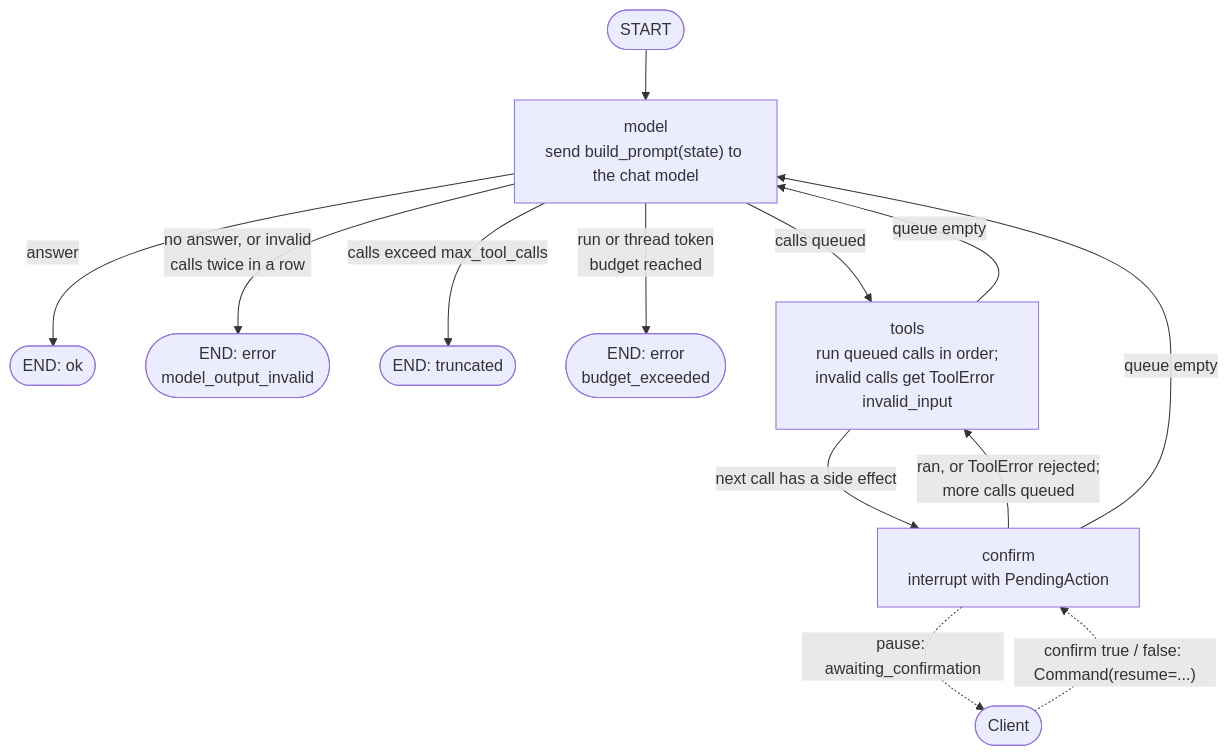
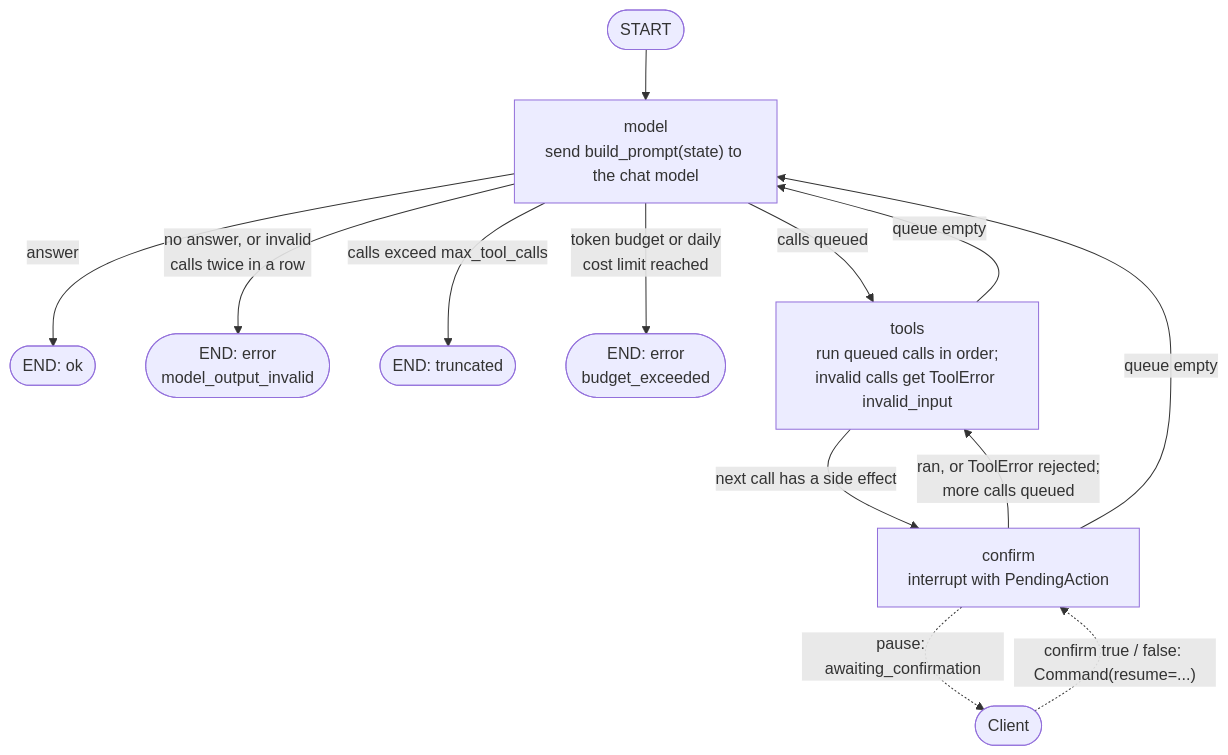
Before and after one commit to darrenpaine/harnessd: the diagram in README.md, drawn with Mermaid. The commit also changed 1 other file, not shown here.

Commit message:
Show the daily cost limit in the graph diagrams

````diff
--- a/README.md
+++ b/README.md
@@ -70,18 +70,18 @@
 ```mermaid
 flowchart TD
     start([START]) --> model
     model["model<br/>send build_prompt(state) to the chat model"]
     model -->|answer| ok([END: ok])
     model -->|no answer, or invalid<br/>calls twice in a row| error([END: error<br/>model_output_invalid])
     model -->|calls exceed max_tool_calls| truncated([END: truncated])
-    model -->|run or thread token<br/>budget reached| budget([END: error<br/>budget_exceeded])
+    model -->|token budget or daily<br/>cost limit reached| budget([END: error<br/>budget_exceeded])
     model -->|calls queued| tools
     tools["tools<br/>run queued calls in order;<br/>invalid calls get ToolError invalid_input"]
     tools -->|queue empty| model
     tools -->|next call has a side effect| confirm
     confirm["confirm<br/>interrupt with PendingAction"]
     confirm -.->|"pause: awaiting_confirmation"| client([Client])
     client -.->|"confirm true / false: Command(resume=...)"| confirm
     confirm -->|"ran, or ToolError rejected;<br/>more calls queued"| tools
     confirm -->|queue empty| model
 ```
````
